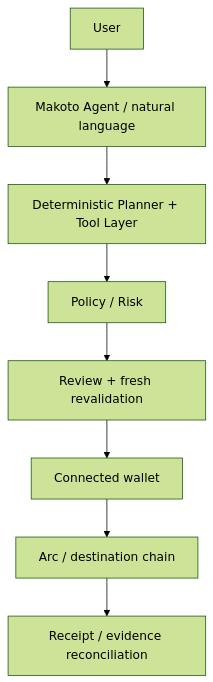
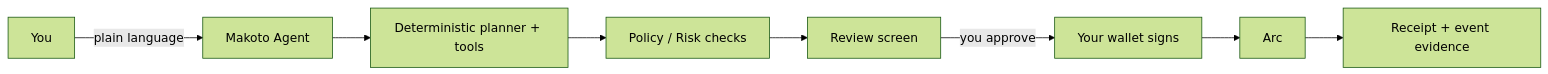
Before and after one commit to congthuat/Makoto-Wallet: the diagram in README.md, drawn with Mermaid (forest theme). The commit also changed other lines of this file and 8 other files, not shown here.

````diff
--- a/README.md
+++ b/README.md
@@ -49,10 +66,10 @@
 ```mermaid
-flowchart TD
-    U[User] --> A[Makoto Agent / natural language]
-    A --> T[Deterministic Planner + Tool Layer]
-    T --> P[Policy / Risk]
-    P --> R[Review + fresh revalidation]
-    R --> W[Connected wallet]
-    W --> C[Arc / destination chain]
-    C --> E[Receipt / evidence reconciliation]
+flowchart LR
+    U[You] -->|plain language| A[Makoto Agent]
+    A --> P[Deterministic planner + tools]
+    P --> R[Policy / Risk checks]
+    R --> V[Review screen]
+    V -->|you approve| W[Your wallet signs]
+    W --> C[Arc]
+    C --> E[Receipt + event evidence]
 ```
````
